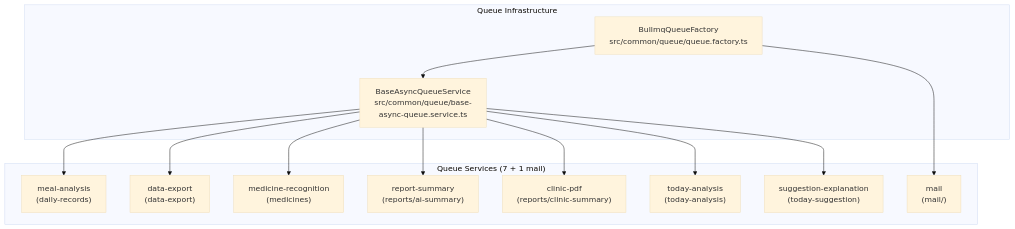
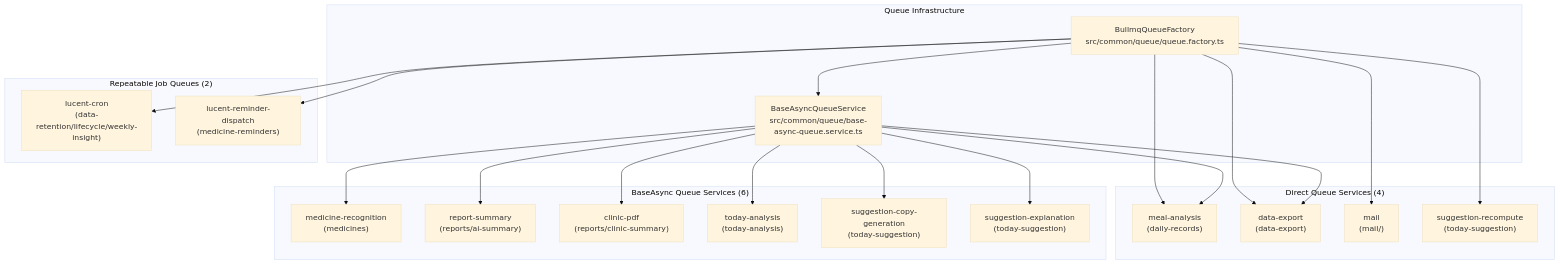
The third of 3 diagrams in docs/01-reference/architecture.md (LuoMuLoyal/Lucent), drawn with Mermaid (base theme) before and after one commit. The commit also changed other lines of this file and 2 other files, not shown here.

````diff
--- a/docs/01-reference/architecture.md
+++ b/docs/01-reference/architecture.md
@@ -389,28 +389,44 @@
 ```mermaid
 graph TD
     subgraph "Queue Infrastructure"
         factory["BullmqQueueFactory<br>src/common/queue/queue.factory.ts"]
         base["BaseAsyncQueueService<br>src/common/queue/base-async-queue.service.ts"]
         factory --> base
     end
 
-    subgraph "Queue Services (7 + 1 mail)"
-        meal["meal-analysis<br>(daily-records)"]
-        export["data-export<br>(data-export)"]
+    subgraph "BaseAsync Queue Services (6)"
         recog["medicine-recognition<br>(medicines)"]
         report["report-summary<br>(reports/ai-summary)"]
         clinic["clinic-pdf<br>(reports/clinic-summary)"]
         analysis["today-analysis<br>(today-analysis)"]
+        copy["suggestion-copy-generation<br>(today-suggestion)"]
         explain["suggestion-explanation<br>(today-suggestion)"]
+    end
+
+    subgraph "Direct Queue Services (4)"
+        meal["meal-analysis<br>(daily-records)"]
+        export["data-export<br>(data-export)"]
         mail["mail<br>(mail/)"]
+        recompute["suggestion-recompute<br>(today-suggestion)"]
+    end
+
+    subgraph "Repeatable Job Queues (2)"
+        cron["lucent-cron<br>(data-retention/lifecycle/weekly-insight)"]
+        dispatch["lucent-reminder-dispatch<br>(medicine-reminders)"]
     end
 
     base --> meal
     base --> export
     base --> recog
     base --> report
     base --> clinic
     base --> analysis
+    base --> copy
     base --> explain
     factory --> mail
+    factory --> meal
+    factory --> export
+    factory --> recompute
+    factory --> cron
+    factory --> dispatch
 ```
````
